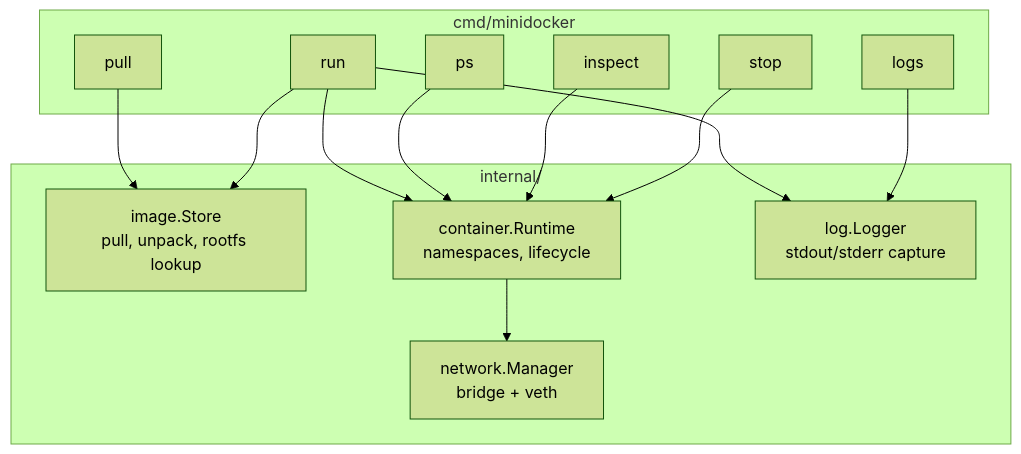
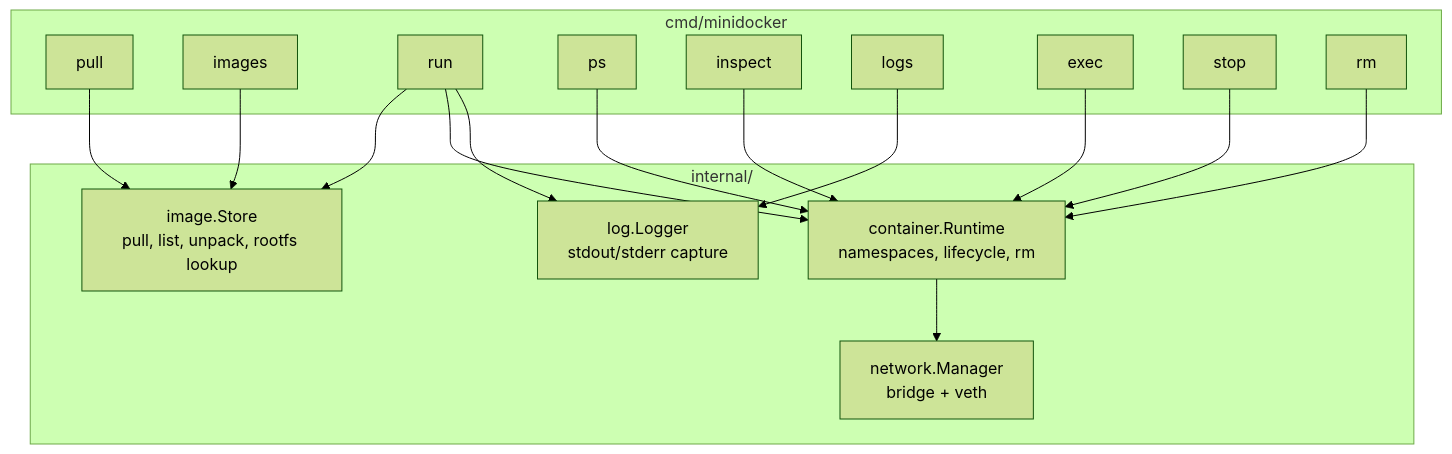
One commit to dannysecurity/minidocker changed the first of 4 diagrams in README.md. Above: the diagram before and after it, drawn with Mermaid (forest theme). The commit also changed other lines of this file and 6 other files, not shown here.

Commit message:
Add images and rm commands with lifecycle architecture docs

````diff
--- a/README.md
+++ b/README.md
@@ -48,28 +60,34 @@
 ```mermaid
 flowchart TB
   subgraph CLI["cmd/minidocker"]
     pull[pull]
+    images[images]
     run[run]
     ps[ps]
     inspect[inspect]
     logs[logs]
+    exec[exec]
     stop[stop]
+    rm[rm]
   end
 
   subgraph Internal["internal/"]
-    image["image.Store\npull, unpack, rootfs lookup"]
-    container["container.Runtime\nnamespaces, lifecycle"]
+    image["image.Store\npull, list, unpack, rootfs lookup"]
+    container["container.Runtime\nnamespaces, lifecycle, rm"]
     network["network.Manager\nbridge + veth"]
     log["log.Logger\nstdout/stderr capture"]
   end
 
   pull --> image
+  images --> image
   run --> image
   run --> container
   run --> log
   container --> network
   ps --> container
   inspect --> container
   logs --> log
+  exec --> container
   stop --> container
+  rm --> container
 ```
````
